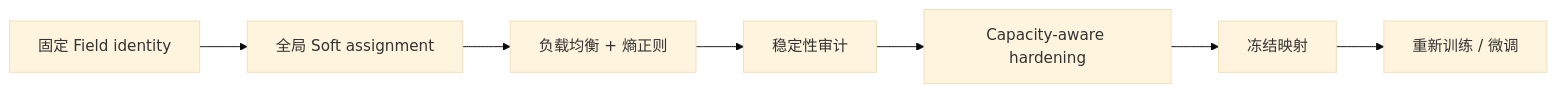
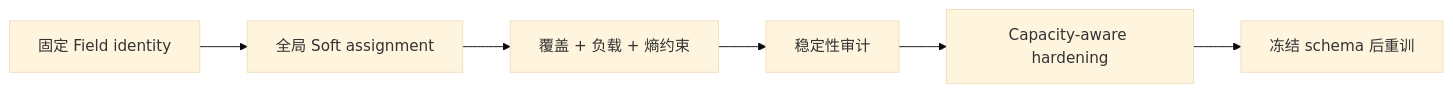
The fifth of 9 diagrams in rankmixer/CVR_RankMixer_全量改进方案_按模块分类.md (Bolt00Y/RAS), drawn with Mermaid (base theme) before and after one commit. The commit also changed other lines of this file and 4 other files, not shown here.

```diff
--- a/rankmixer/CVR_RankMixer_全量改进方案_按模块分类.md
+++ b/rankmixer/CVR_RankMixer_全量改进方案_按模块分类.md
@@ -475,9 +631,8 @@
 ~~~mermaid
 flowchart LR
-    F["固定 Field identity"] --> A["全局 Soft assignment"]
-    A --> R["负载均衡 + 熵正则"]
-    R --> S["稳定性审计"]
-    S --> H["Capacity-aware hardening"]
-    H --> Z["冻结映射"]
-    Z --> T["重新训练 / 微调"]
+    F["固定 Field identity"] --> S["全局 Soft assignment"]
+    S --> R["覆盖 + 负载 + 熵约束"]
+    R --> A["稳定性审计"]
+    A --> H["Capacity-aware hardening"]
+    H --> Z["冻结 schema 后重训"]
 ~~~
```
